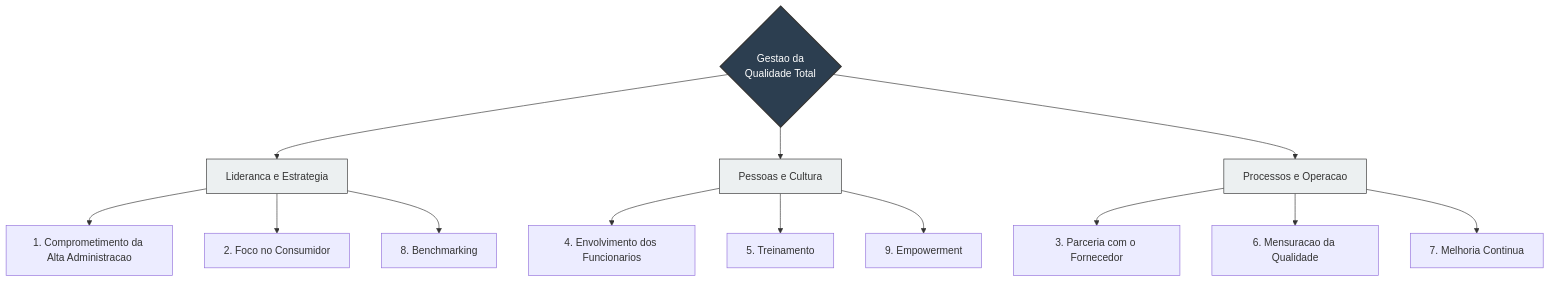
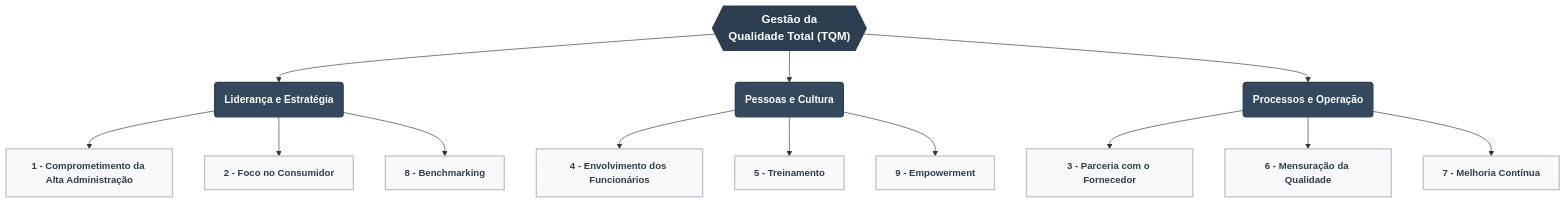
Before and after one commit to rafasfer2/MiningAnalyticsBook: the first of 9 diagrams in chapters/cap2-modelos-gestao.qmd, drawn with Mermaid. The commit also changed other lines of this file, not shown here.

Commit message:
style(cap2): Adiciona quebra de linhas na dica pedagógica da Cadeia de Valor do TQM

````diff
--- a/chapters/cap2-modelos-gestao.qmd
+++ b/chapters/cap2-modelos-gestao.qmd
@@ -86,27 +84,39 @@
 ```{mermaid}
 %%| label: fig-9pilares-tqm
 %%| fig-cap: "Os 9 Fatores Críticos de Sucesso do TQM"
-graph TD
-   TQM{Gestao da<br/>Qualidade Total}
+flowchart TD
 
-   TQM --> L[Lideranca e Estrategia]
-   TQM --> P[Pessoas e Cultura]
-   TQM --> O[Processos e Operacao]
+    %% --- CONFIGURAÇÃO DE ESTILOS (Garantindo letras grandes e legibilidade) ---
+    classDef mainStyle fill:#2c3e50,stroke:#2c3e50,stroke-width:2px,color:#ffffff,font-size:18px,font-weight:bold
+    classDef catStyle fill:#34495e,stroke:#2c3e50,stroke-width:2px,color:#ffffff,font-size:16px,font-weight:bold
+    classDef itemStyle fill:#f8f9fa,stroke:#bdc3c7,stroke-width:2px,color:#2c3e50,font-size:15px,font-weight:bold
 
-   L --> 1[1. Comprometimento da Alta Administracao]
-   L --> 2[2. Foco no Consumidor]
-   L --> 8[8. Benchmarking]
+    %% --- ESTRUTURA DOS NÓS ---
+    TQM{{"Gestão da<br/>Qualidade Total (TQM)"}}
 
-   P --> 4[4. Envolvimento dos Funcionarios]
-   P --> 5[5. Treinamento]
-   P --> 9[9. Empowerment]
+    L("Liderança e Estratégia")
+    P("Pessoas e Cultura")
+    O("Processos e Operação")
 
-   O --> 3[3. Parceria com o Fornecedor]
-   O --> 6[6. Mensuracao da Qualidade]
-   O --> 7[7. Melhoria Continua]
+    TQM --> L
+    TQM --> P
+    TQM --> O
 
-   style TQM fill:#2c3e50,stroke:#333,color:#fff,stroke-width:2px
-   style L fill:#ecf0f1,stroke:#333
-   style P fill:#ecf0f1,stroke:#333
-   style O fill:#ecf0f1,stroke:#333
+    %% Usando o traço " - " em vez de ponto " . " para evitar o erro de Markdown List
+    L --> F1["1 - Comprometimento da Alta Administração"]
+    L --> F2["2 - Foco no Consumidor"]
+    L --> F8["8 - Benchmarking"]
+
+    P --> F4["4 - Envolvimento dos Funcionários"]
+    P --> F5["5 - Treinamento"]
+    P --> F9["9 - Empowerment"]
+
+    O --> F3["3 - Parceria com o Fornecedor"]
+    O --> F6["6 - Mensuração da Qualidade"]
+    O --> F7["7 - Melhoria Contínua"]
+
+    %% --- APLICAÇÃO DOS ESTILOS ---
+    class TQM mainStyle;
+    class L,P,O catStyle;
+    class F1,F2,F3,F4,F5,F6,F7,F8,F9 itemStyle;
 ```
````
